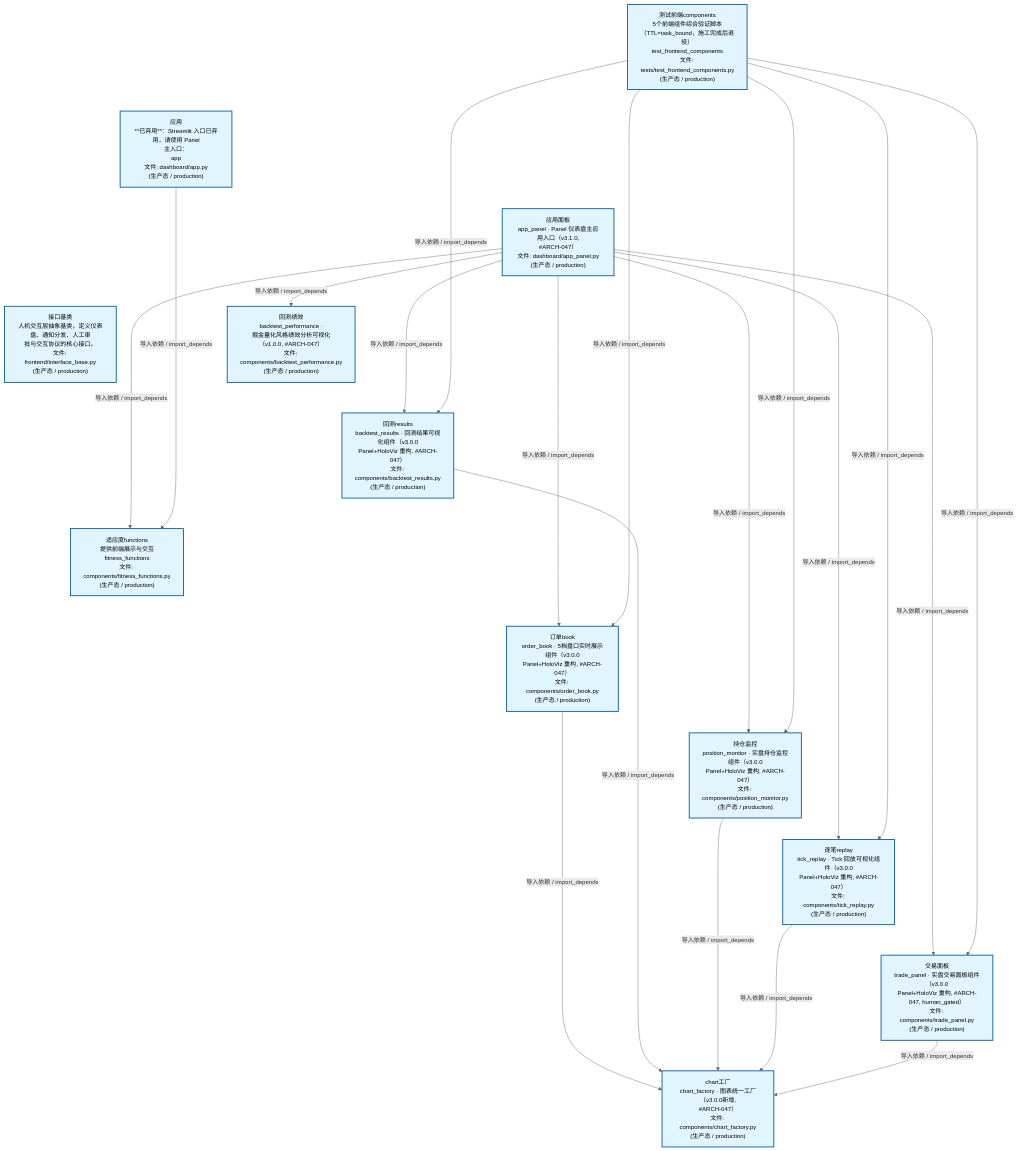
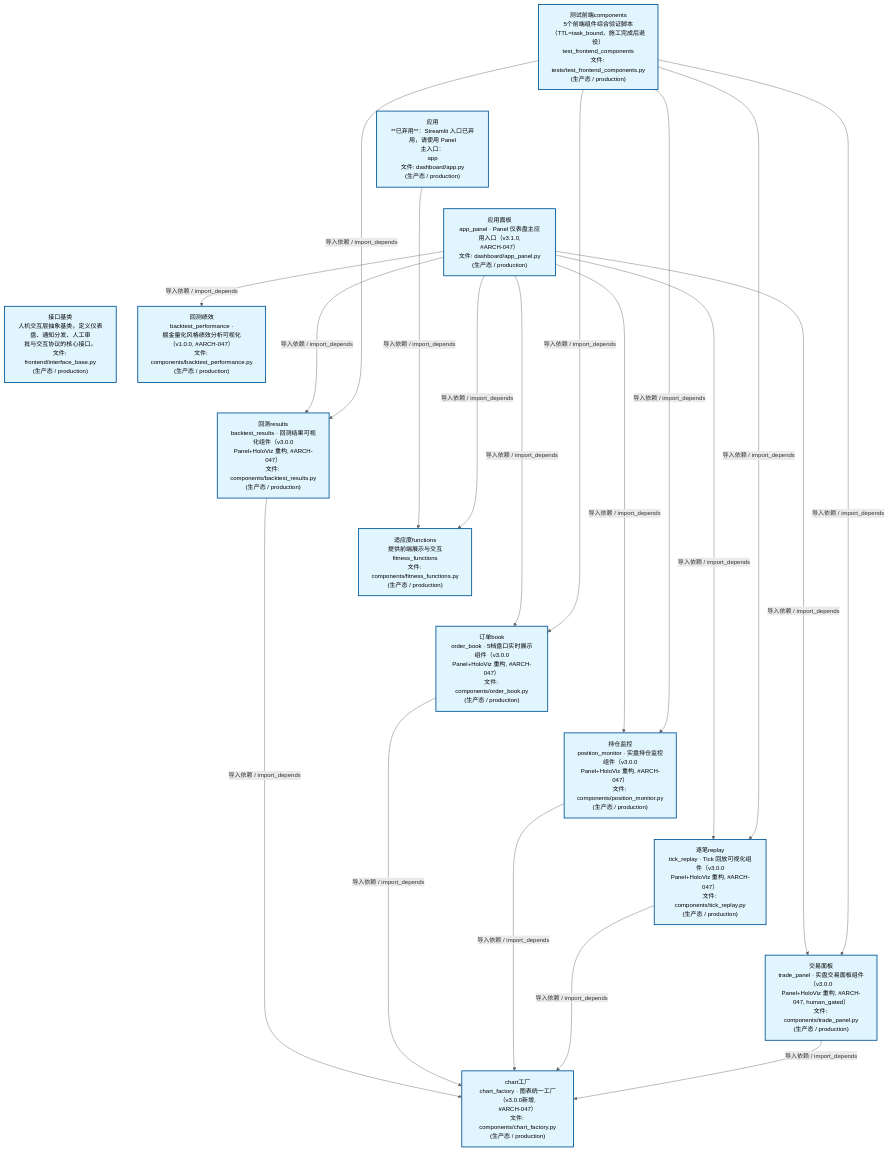
Before and after one commit to xuanFelixVan/ZephyrAlpha: the second of 4 diagrams in docs/02_enterprise_architecture/02_domain_architecture_docs/47_d_frontend.md, drawn with Mermaid. The commit also changed other lines of this file and 46 other files, not shown here.

````diff
--- a/docs/02_enterprise_architecture/02_domain_architecture_docs/47_d_frontend.md
+++ b/docs/02_enterprise_architecture/02_domain_architecture_docs/47_d_frontend.md
@@ -124,48 +124,48 @@
 ```mermaid
 %%{init: {'theme': 'base', 'themeVariables': {'primaryColor': '#eaeaea', 'primaryTextColor': '#333333', 'primaryBorderColor': '#666666', 'lineColor': '#666666', 'secondaryColor': '#eaeaea', 'tertiaryColor': '#eaeaea', 'fontSize': '14px'}}}%%
 flowchart TD
     scripts_tests_test_frontend_components_py["测试前端components<br/>5个前端组件综合验证脚本<br/>（TTL=task_bound，施工完成后退役）<br/>test_frontend_components<br/>文件: tests/test_frontend_components.py<br/>(生产态 / production)"]
     src_zephyr_frontend_dashboard_app_py["应用<br/>**已弃用**：Streamlit 入口已弃用，请使用 Panel<br/>主入口：<br/>app<br/>文件: dashboard/app.py<br/>(生产态 / production)"]
     src_zephyr_frontend_dashboard_app_panel_py["应用面板<br/>app_panel · Panel 仪表盘主应用入口（v3.1.0,<br/>#ARCH-047）<br/>文件: dashboard/app_panel.py<br/>(生产态 / production)"]
     src_zephyr_frontend_interface_base_py["接口基类<br/>人机交互层抽象基类。定义仪表盘、通知分发、人工审<br/>批与交互协议的核心接口。<br/>文件: frontend/interface_base.py<br/>(生产态 / production)"]
     scripts_tests_test_frontend_components_py ~~~ src_zephyr_frontend_dashboard_app_py
     src_zephyr_frontend_dashboard_app_py ~~~ src_zephyr_frontend_dashboard_app_panel_py
     src_zephyr_frontend_dashboard_app_panel_py ~~~ src_zephyr_frontend_interface_base_py
     src_zephyr_frontend_dashboard_components_backtest_performance_py["回测绩效<br/>backtest_performance ·<br/>掘金量化风格绩效分析可视化（v1.0.0, #ARCH-047）<br/>文件: components/backtest_performance.py<br/>(生产态 / production)"]
     src_zephyr_frontend_dashboard_components_backtest_results_py["回测results<br/>backtest_results · 回测结果可视化组件（v3.0.0<br/>Panel+HoloViz 重构, #ARCH-047）<br/>文件: components/backtest_results.py<br/>(生产态 / production)"]
     src_zephyr_frontend_dashboard_components_fitness_functions_py["适应度functions<br/>提供前端展示与交互<br/>fitness_functions<br/>文件: components/fitness_functions.py<br/>(生产态 / production)"]
     src_zephyr_frontend_dashboard_components_order_book_py["订单book<br/>order_book · 5档盘口实时展示组件（v3.0.0<br/>Panel+HoloViz 重构, #ARCH-047）<br/>文件: components/order_book.py<br/>(生产态 / production)"]
     src_zephyr_frontend_dashboard_components_position_monitor_py["持仓监控<br/>position_monitor · 实盘持仓监控组件（v3.0.0<br/>Panel+HoloViz 重构, #ARCH-047）<br/>文件: components/position_monitor.py<br/>(生产态 / production)"]
     src_zephyr_frontend_dashboard_components_tick_replay_py["逐笔replay<br/>tick_replay · Tick 回放可视化组件（v3.0.0<br/>Panel+HoloViz 重构, #ARCH-047）<br/>文件: components/tick_replay.py<br/>(生产态 / production)"]
     src_zephyr_frontend_dashboard_components_trade_panel_py["交易面板<br/>trade_panel · 实盘交易面板组件（v3.0.0<br/>Panel+HoloViz 重构, #ARCH-047, human_gated）<br/>文件: components/trade_panel.py<br/>(生产态 / production)"]
     src_zephyr_frontend_dashboard_components_backtest_performance_py ~~~ src_zephyr_frontend_dashboard_components_backtest_results_py
     src_zephyr_frontend_dashboard_components_backtest_results_py ~~~ src_zephyr_frontend_dashboard_components_fitness_functions_py
     src_zephyr_frontend_dashboard_components_fitness_functions_py ~~~ src_zephyr_frontend_dashboard_components_order_book_py
     src_zephyr_frontend_dashboard_components_order_book_py ~~~ src_zephyr_frontend_dashboard_components_position_monitor_py
     src_zephyr_frontend_dashboard_components_position_monitor_py ~~~ src_zephyr_frontend_dashboard_components_tick_replay_py
     src_zephyr_frontend_dashboard_components_tick_replay_py ~~~ src_zephyr_frontend_dashboard_components_trade_panel_py
     src_zephyr_frontend_dashboard_components_chart_factory_py["chart工厂<br/>chart_factory · 图表统一工厂（v3.0.0新增,<br/>#ARCH-047）<br/>文件: components/chart_factory.py<br/>(生产态 / production)"]
+    src_zephyr_frontend_dashboard_components_backtest_results_py -->|导入依赖 / import_depends| src_zephyr_frontend_dashboard_components_chart_factory_py
+    src_zephyr_frontend_dashboard_app_py -->|导入依赖 / import_depends| src_zephyr_frontend_dashboard_components_fitness_functions_py
+    src_zephyr_frontend_dashboard_app_panel_py -->|导入依赖 / import_depends| src_zephyr_frontend_dashboard_components_backtest_results_py
     src_zephyr_frontend_dashboard_app_panel_py -->|导入依赖 / import_depends| src_zephyr_frontend_dashboard_components_backtest_performance_py
     src_zephyr_frontend_dashboard_app_panel_py -->|导入依赖 / import_depends| src_zephyr_frontend_dashboard_components_fitness_functions_py
     src_zephyr_frontend_dashboard_app_panel_py -->|导入依赖 / import_depends| src_zephyr_frontend_dashboard_components_order_book_py
-    src_zephyr_frontend_dashboard_app_panel_py -->|导入依赖 / import_depends| src_zephyr_frontend_dashboard_components_backtest_results_py
     src_zephyr_frontend_dashboard_app_panel_py -->|导入依赖 / import_depends| src_zephyr_frontend_dashboard_components_position_monitor_py
     src_zephyr_frontend_dashboard_app_panel_py -->|导入依赖 / import_depends| src_zephyr_frontend_dashboard_components_tick_replay_py
     src_zephyr_frontend_dashboard_app_panel_py -->|导入依赖 / import_depends| src_zephyr_frontend_dashboard_components_trade_panel_py
-    src_zephyr_frontend_dashboard_app_py -->|导入依赖 / import_depends| src_zephyr_frontend_dashboard_components_fitness_functions_py
     src_zephyr_frontend_dashboard_components_order_book_py -->|导入依赖 / import_depends| src_zephyr_frontend_dashboard_components_chart_factory_py
-    src_zephyr_frontend_dashboard_components_backtest_results_py -->|导入依赖 / import_depends| src_zephyr_frontend_dashboard_components_chart_factory_py
     src_zephyr_frontend_dashboard_components_position_monitor_py -->|导入依赖 / import_depends| src_zephyr_frontend_dashboard_components_chart_factory_py
     src_zephyr_frontend_dashboard_components_tick_replay_py -->|导入依赖 / import_depends| src_zephyr_frontend_dashboard_components_chart_factory_py
     src_zephyr_frontend_dashboard_components_trade_panel_py -->|导入依赖 / import_depends| src_zephyr_frontend_dashboard_components_chart_factory_py
+    scripts_tests_test_frontend_components_py -->|导入依赖 / import_depends| src_zephyr_frontend_dashboard_components_backtest_results_py
     scripts_tests_test_frontend_components_py -->|导入依赖 / import_depends| src_zephyr_frontend_dashboard_components_order_book_py
-    scripts_tests_test_frontend_components_py -->|导入依赖 / import_depends| src_zephyr_frontend_dashboard_components_backtest_results_py
     scripts_tests_test_frontend_components_py -->|导入依赖 / import_depends| src_zephyr_frontend_dashboard_components_position_monitor_py
     scripts_tests_test_frontend_components_py -->|导入依赖 / import_depends| src_zephyr_frontend_dashboard_components_tick_replay_py
     scripts_tests_test_frontend_components_py -->|导入依赖 / import_depends| src_zephyr_frontend_dashboard_components_trade_panel_py
     classDef production fill:#e1f5fe,stroke:#01579b,stroke-width:2px,color:#000
     classDef design fill:#fff3e0,stroke:#e65100,stroke-width:2px,color:#000,stroke-dasharray: 5 5
     classDef external_prod fill:#e8f4fd,stroke:#0277bd,stroke-width:1px,color:#000
     classDef external_design fill:#fff8e7,stroke:#ef6c00,stroke-width:1px,color:#000,stroke-dasharray: 5 5
     class scripts_tests_test_frontend_components_py,src_zephyr_frontend_dashboard_app_py,src_zephyr_frontend_dashboard_app_panel_py,src_zephyr_frontend_dashboard_components_backtest_performance_py,src_zephyr_frontend_dashboard_components_backtest_results_py,src_zephyr_frontend_dashboard_components_chart_factory_py,src_zephyr_frontend_dashboard_components_fitness_functions_py,src_zephyr_frontend_dashboard_components_order_book_py,src_zephyr_frontend_dashboard_components_position_monitor_py,src_zephyr_frontend_dashboard_components_tick_replay_py,src_zephyr_frontend_dashboard_components_trade_panel_py,src_zephyr_frontend_interface_base_py production
 ```
````
